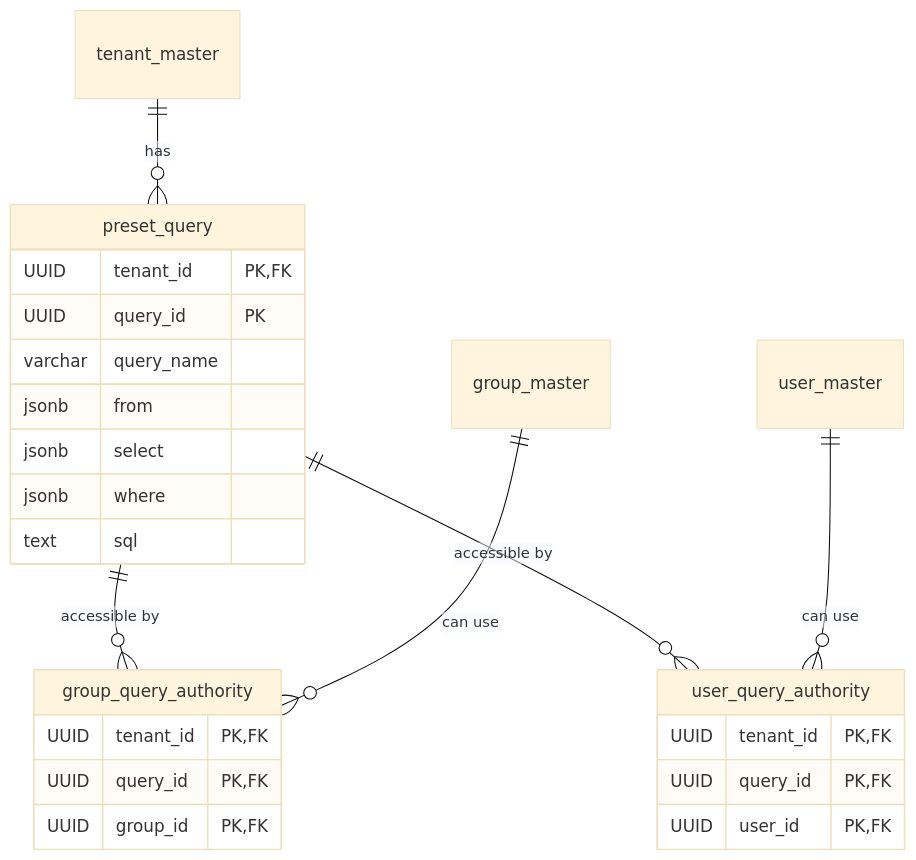
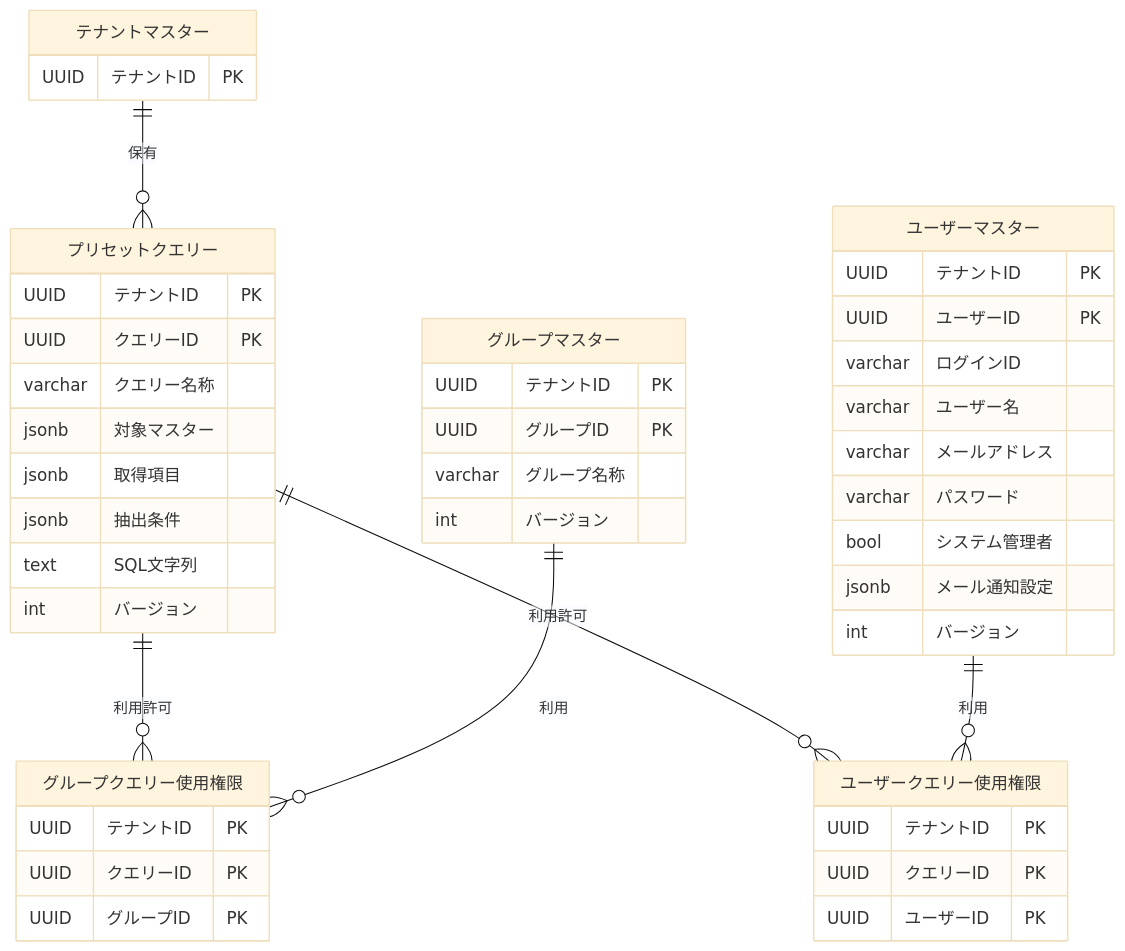
Before and after one commit to imlv-huandd/idcontrol: the seventh of 7 diagrams in spec/基本設計/エンティティ定義/内部設計/エンティティ定義.md, drawn with Mermaid (base theme). The commit also changed other lines of this file and 50 other files, not shown here.

````diff
--- a/spec/基本設計/エンティティ定義/内部設計/エンティティ定義.md
+++ b/spec/基本設計/エンティティ定義/内部設計/エンティティ定義.md
@@ -1173,28 +1523,49 @@
 ```mermaid
 erDiagram
-    tenant_master ||--o{ preset_query : "has"
-    preset_query ||--o{ group_query_authority : "accessible by"
-    preset_query ||--o{ user_query_authority : "accessible by"
-    group_master ||--o{ group_query_authority : "can use"
-    user_master ||--o{ user_query_authority : "can use"
+    テナントマスター ||--o{ プリセットクエリー : "保有"
+    プリセットクエリー ||--o{ グループクエリー使用権限 : "利用許可"
+    プリセットクエリー ||--o{ ユーザークエリー使用権限 : "利用許可"
+    グループマスター ||--o{ グループクエリー使用権限 : "利用"
+    ユーザーマスター ||--o{ ユーザークエリー使用権限 : "利用"
 
-    preset_query {
-        UUID tenant_id PK,FK
-        UUID query_id PK
-        varchar query_name
-        jsonb from
-        jsonb select
-        jsonb where
-        text sql
+    テナントマスター {
+        UUID テナントID PK
     }
-    group_query_authority {
-        UUID tenant_id PK,FK
-        UUID query_id PK,FK
-        UUID group_id PK,FK
+    プリセットクエリー {
+        UUID テナントID PK
+        UUID クエリーID PK
+        varchar クエリー名称
+        jsonb 対象マスター
+        jsonb 取得項目
+        jsonb 抽出条件
+        text SQL文字列
+        int バージョン
     }
-    user_query_authority {
-        UUID tenant_id PK,FK
-        UUID query_id PK,FK
-        UUID user_id PK,FK
+    グループクエリー使用権限 {
+        UUID テナントID PK
+        UUID クエリーID PK
+        UUID グループID PK
+    }
+    ユーザークエリー使用権限 {
+        UUID テナントID PK
+        UUID クエリーID PK
+        UUID ユーザーID PK
+    }
+    グループマスター {
+        UUID テナントID PK
+        UUID グループID PK
+        varchar グループ名称
+        int バージョン
+    }
+    ユーザーマスター {
+        UUID テナントID PK
+        UUID ユーザーID PK
+        varchar ログインID
+        varchar ユーザー名
+        varchar メールアドレス
+        varchar パスワード
+        bool システム管理者
+        jsonb メール通知設定
+        int バージョン
     }
 ```
````
